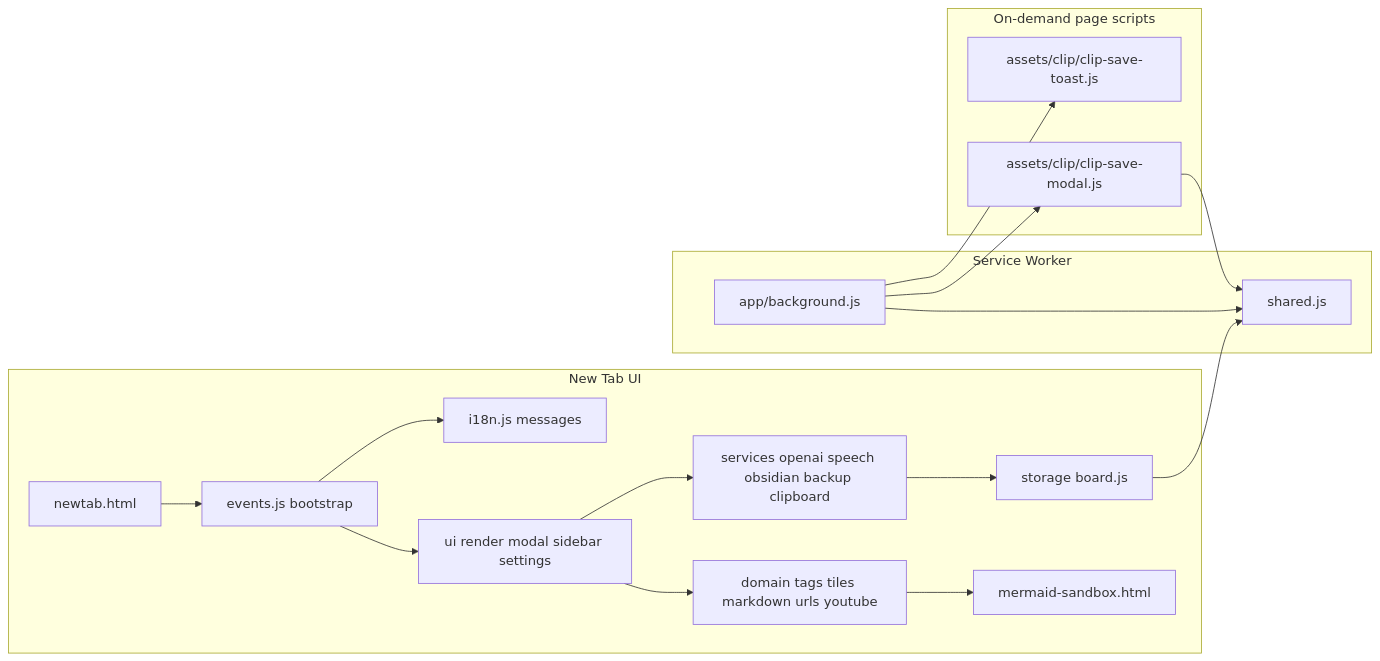
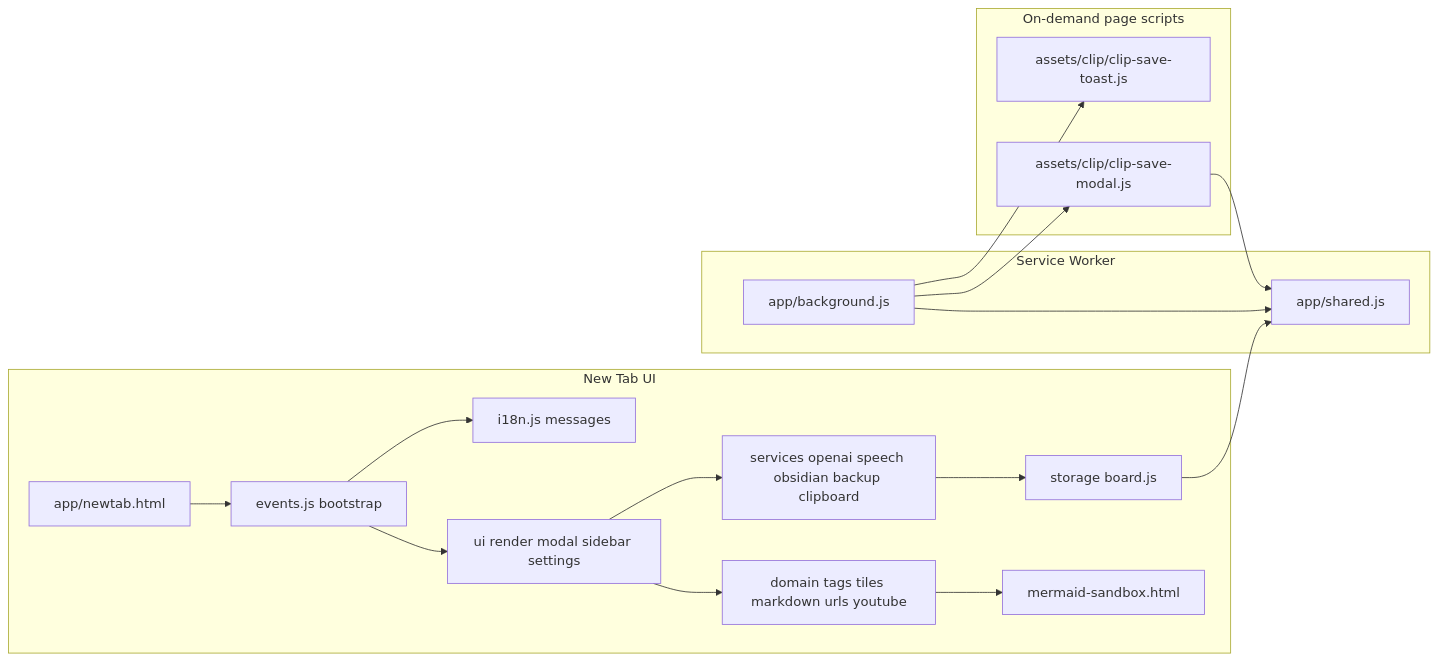
Before and after one commit to ktaishi/chrome_newtab_prompt_columns: the second of 5 diagrams in README.md, drawn with Mermaid. The commit also changed other lines of this file and 7 other files, not shown here.

Commit message:
Refactor shared and newtab entries into app directory.

````diff
--- a/README.md
+++ b/README.md
@@ -100,36 +100,36 @@
 ```mermaid
 flowchart LR
   subgraph newtab [New Tab UI]
-    HTML[newtab.html]
+    HTML[app/newtab.html]
     EVT[events.js bootstrap]
     UI[ui render modal sidebar settings]
     DOM[domain tags tiles markdown urls youtube]
     SVC[services openai speech obsidian backup clipboard]
     MERM[mermaid-sandbox.html]
     STO[storage board.js]
     I18N[i18n.js messages]
   end
 
   subgraph worker [Service Worker]
     BG[app/background.js]
-    SH[shared.js]
+    SH[app/shared.js]
   end
 
   subgraph inject [On-demand page scripts]
     MODAL[assets/clip/clip-save-modal.js]
     TOAST[assets/clip/clip-save-toast.js]
   end
 
   HTML --> EVT
   EVT --> UI
   UI --> DOM
   UI --> SVC
   SVC --> STO
   DOM --> MERM
   EVT --> I18N
   BG --> SH
   STO --> SH
   BG --> MODAL
   BG --> TOAST
   MODAL --> SH
 ```
````
